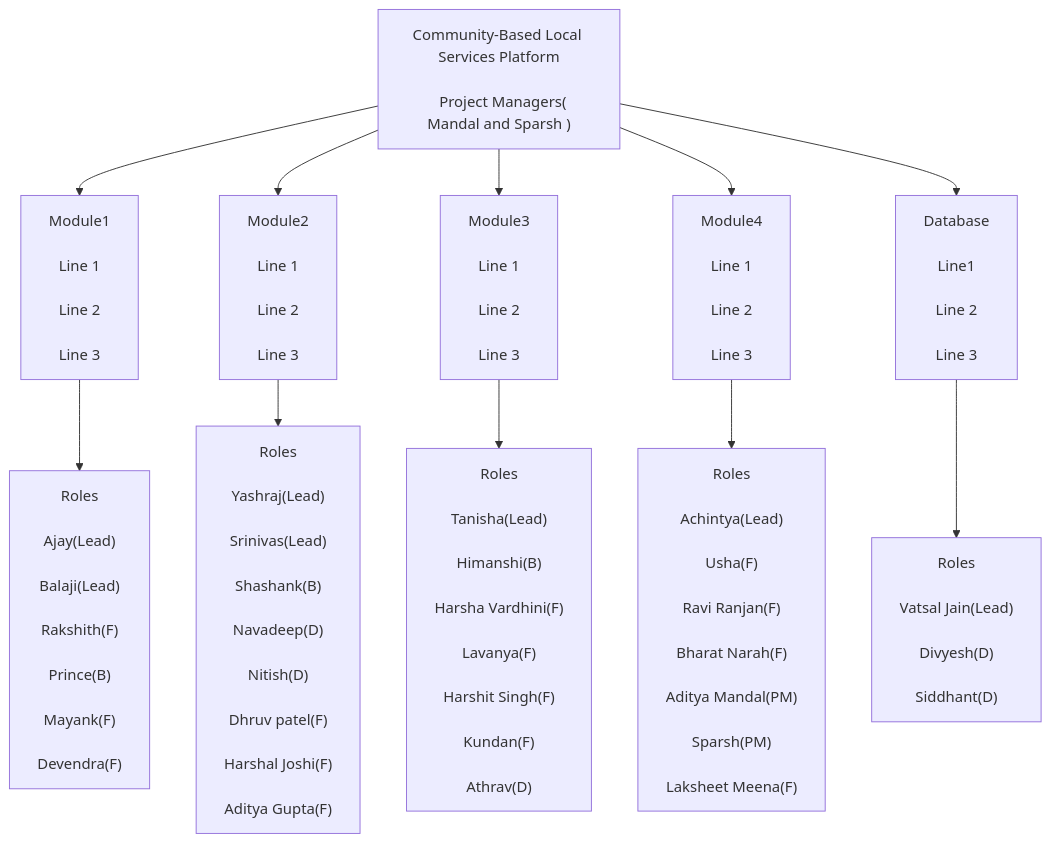
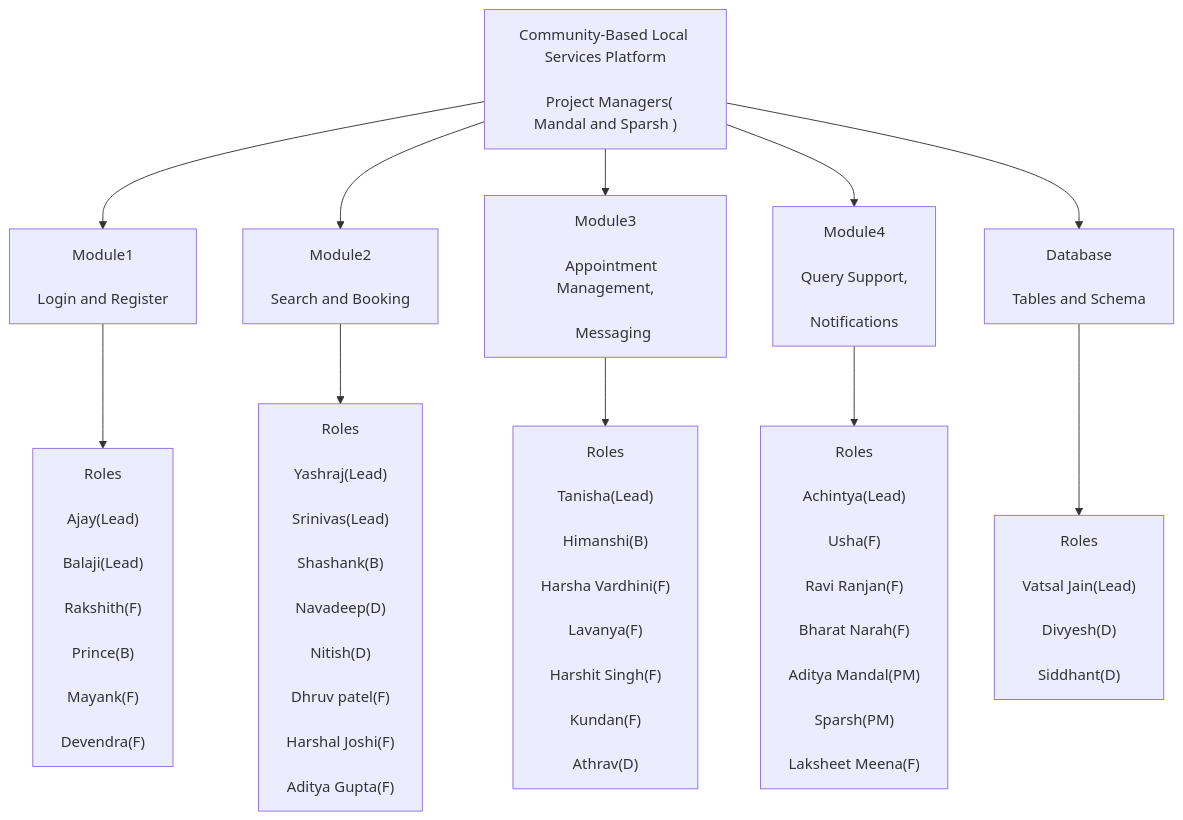
One commit to Sparsh752/Community-Based-Local-Services-Platform changed the diagram in README.md. Above: the diagram before and after it, drawn with Mermaid.

````diff
--- a/README.md
+++ b/README.md
@@ -30,73 +30,65 @@
 ```mermaid
 graph TD
     Project["Community-Based Local Services Platform<br>
    Project Managers( Mandal and Sparsh )"]
     Module1["Module1<br>
-    Line 1<br>
-    Line 2<br>
-    Line 3"]
+    Login and Register"]
     Module2["Module2<br>
-    Line 1<br>
-    Line 2<br>
-    Line 3"]
+    Search and Booking"]
     Module3["Module3<br>
-    Line 1<br>
-    Line 2<br>
-    Line 3"]
+    Appointment Management,<br>
+    Messaging"]
     Module4["Module4<br>
-    Line 1<br>
-    Line 2<br>
-    Line 3"]
+    Query Support,<br>
+    Notifications"]
     Database["Database<br>
-    Line1<br>
-    Line 2<br>
-    Line 3"]
+    Tables and Schema"]
     M1Roles["Roles<br>
     Ajay(Lead)<br>
     Balaji(Lead)<br>
     Rakshith(F)<br>
     Prince(B)<br>
     Mayank(F)<br>
     Devendra(F)"]
     M2Roles["Roles<br>
     Yashraj(Lead)<br>
     Srinivas(Lead)<br>
     Shashank(B)<br>
     Navadeep(D)<br>
     Nitish(D)<br>
     Dhruv patel(F)<br>
     Harshal Joshi(F)<br>
     Aditya Gupta(F)"]
     M3Roles["Roles<br>
     Tanisha(Lead)<br>
     Himanshi(B)<br>
     Harsha Vardhini(F)<br>
     Lavanya(F)<br>
     Harshit Singh(F)<br>
     Kundan(F)<br>
     Athrav(D)"]
     M4Roles["Roles<br>
     Achintya(Lead)<br>
     Usha(F)<br>
     Ravi Ranjan(F)<br>
     Bharat Narah(F)<br>
     Aditya Mandal(PM)<br>
     Sparsh(PM)<br>
     Laksheet Meena(F)"]
     DRoles["Roles<br>
     Vatsal Jain(Lead)<br>
     Divyesh(D)<br>
     Siddhant(D)"]
     
     Project --> Module1
     Project --> Module2
     Project --> Module3
     Project --> Module4
     Project --> Database
     Module1 --> M1Roles
     Module2 --> M2Roles
     Module3 --> M3Roles
     Module4 --> M4Roles
     Database --> DRoles
     
 ```
````
